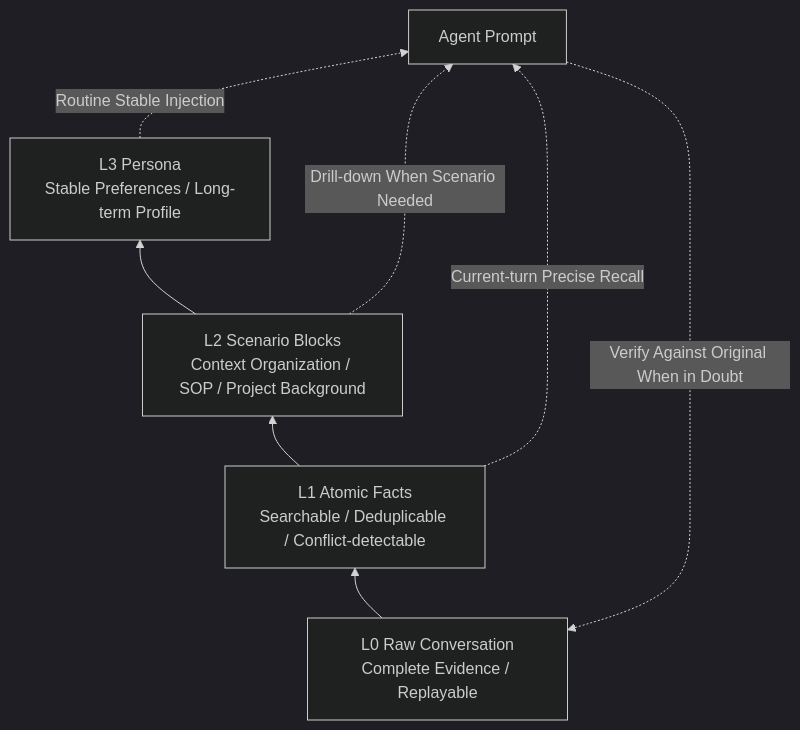
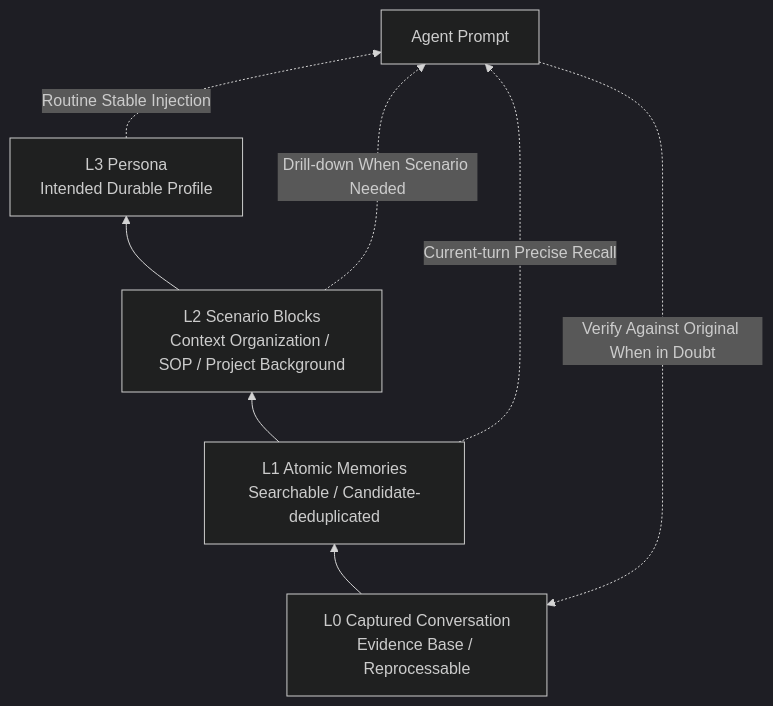
One commit to PorunC/interview changed the third of 20 diagrams in 问题/05-英文面试/三项目与Agent系统设计-英文.md. Above: the diagram before and after it, drawn with Mermaid (dark theme). The commit also changed other lines of this file and 27 other files, not shown here.

````diff
--- a/问题/05-英文面试/三项目与Agent系统设计-英文.md
+++ b/问题/05-英文面试/三项目与Agent系统设计-英文.md
@@ -125,11 +125,11 @@
 ```mermaid
 flowchart BT
-    L0["L0 Raw Conversation<br/>Complete Evidence / Replayable"] --> L1["L1 Atomic Facts<br/>Searchable / Deduplicable / Conflict-detectable"]
+    L0["L0 Captured Conversation<br/>Evidence Base / Reprocessable"] --> L1["L1 Atomic Memories<br/>Searchable / Candidate-deduplicated"]
     L1 --> L2["L2 Scenario Blocks<br/>Context Organization / SOP / Project Background"]
-    L2 --> L3["L3 Persona<br/>Stable Preferences / Long-term Profile"]
+    L2 --> L3["L3 Persona<br/>Intended Durable Profile"]
 
     L3 -. "Routine Stable Injection" .-> A["Agent Prompt"]
     L1 -. "Current-turn Precise Recall" .-> A
     L2 -. "Drill-down When Scenario Needed" .-> A
     A -. "Verify Against Original When in Doubt" .-> L0
 ```
````
